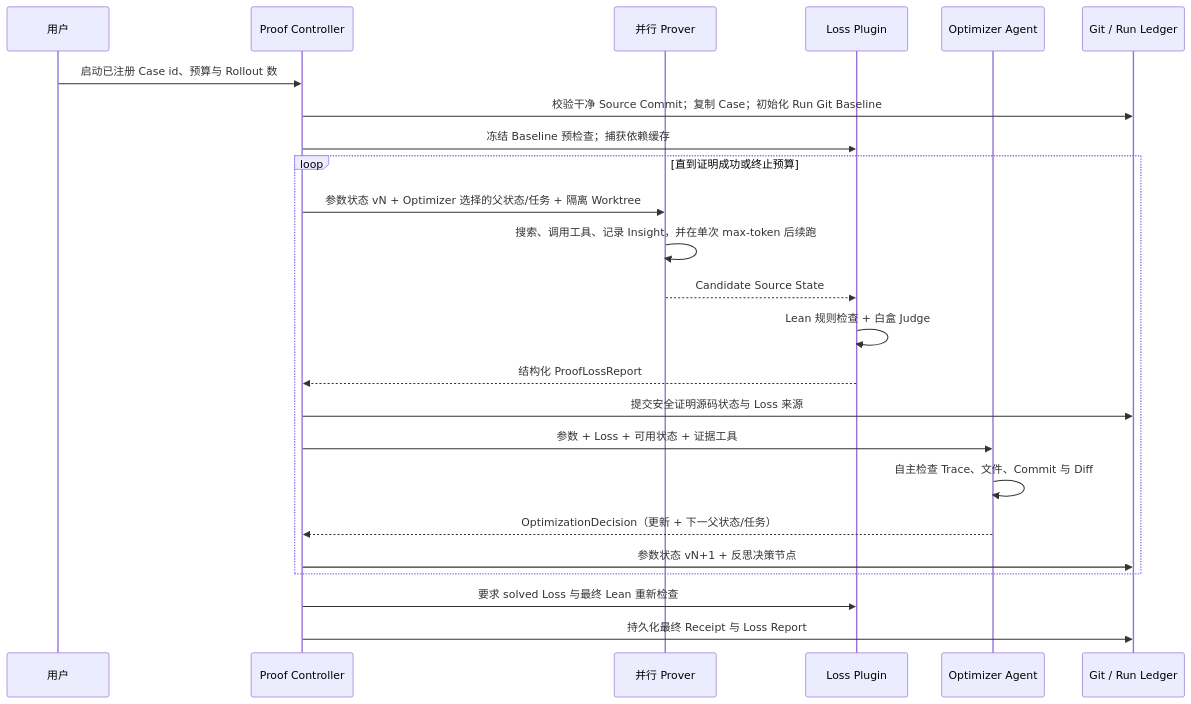
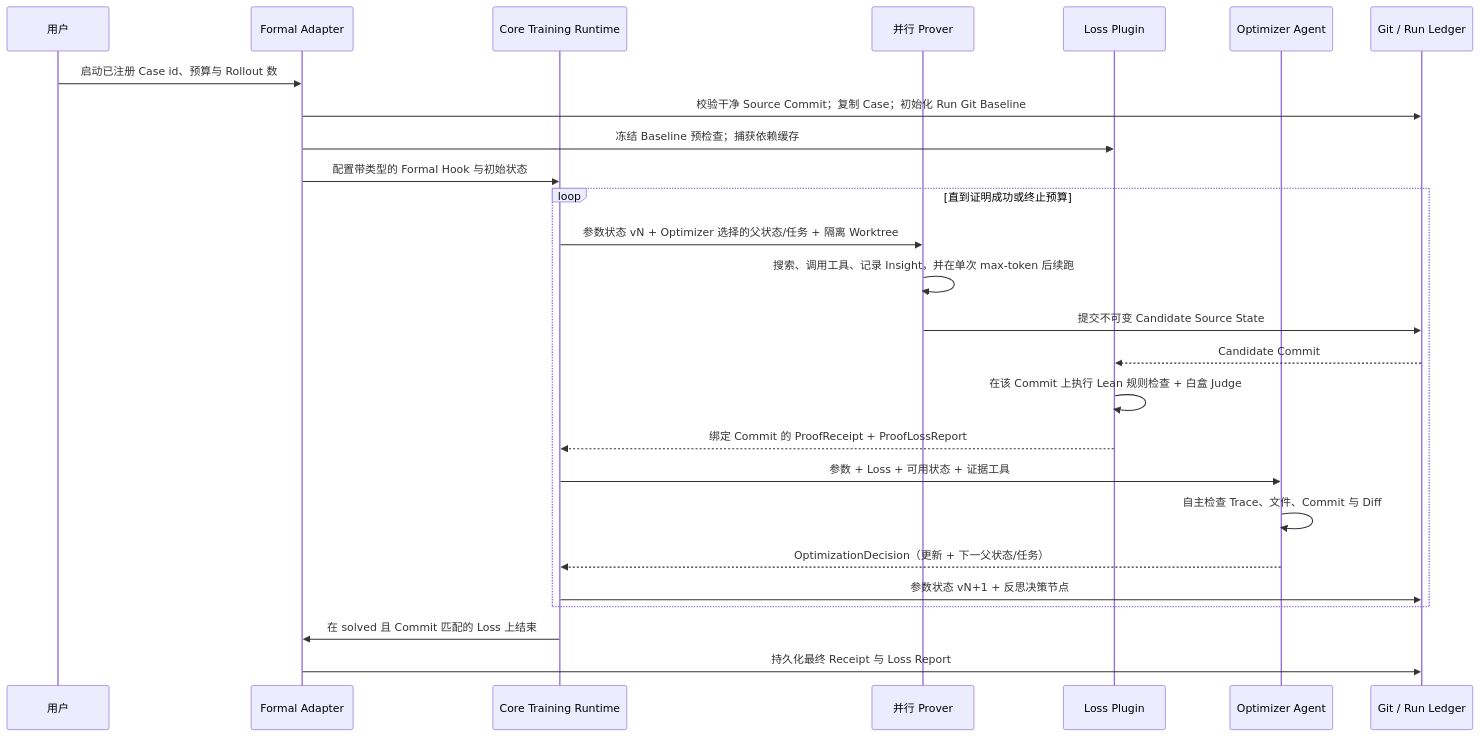
The second of 2 diagrams in docs/zh-CN/architecture/dsh-formal-proof-bundle.md (BruceLoveLee000/tokens-as-parameters), drawn with Mermaid before and after one commit. The commit also changed other lines of this file and 31 other files, not shown here.

Commit message:
refactor: separate core training runtime from formal loss

````diff
--- a/docs/zh-CN/architecture/dsh-formal-proof-bundle.md
+++ b/docs/zh-CN/architecture/dsh-formal-proof-bundle.md
@@ -66,27 +67,29 @@
 ```mermaid
 sequenceDiagram
   participant U as 用户
-  participant C as Proof Controller
+  participant C as Formal Adapter
+  participant T as Core Training Runtime
   participant P as 并行 Prover
   participant L as Loss Plugin
   participant O as Optimizer Agent
   participant G as Git / Run Ledger
 
   U->>C: 启动已注册 Case id、预算与 Rollout 数
   C->>G: 校验干净 Source Commit；复制 Case；初始化 Run Git Baseline
   C->>L: 冻结 Baseline 预检查；捕获依赖缓存
+  C->>T: 配置带类型的 Formal Hook 与初始状态
   loop 直到证明成功或终止预算
-    C->>P: 参数状态 vN + Optimizer 选择的父状态/任务 + 隔离 Worktree
+    T->>P: 参数状态 vN + Optimizer 选择的父状态/任务 + 隔离 Worktree
     P->>P: 搜索、调用工具、记录 Insight，并在单次 max-token 后续跑
-    P-->>L: Candidate Source State
-    L->>L: Lean 规则检查 + 白盒 Judge
-    L-->>C: 结构化 ProofLossReport
-    C->>G: 提交安全证明源码状态与 Loss 来源
-    C->>O: 参数 + Loss + 可用状态 + 证据工具
+    P->>G: 提交不可变 Candidate Source State
+    G-->>L: Candidate Commit
+    L->>L: 在该 Commit 上执行 Lean 规则检查 + 白盒 Judge
+    L-->>T: 绑定 Commit 的 ProofReceipt + ProofLossReport
+    T->>O: 参数 + Loss + 可用状态 + 证据工具
     O->>O: 自主检查 Trace、文件、Commit 与 Diff
-    O-->>C: OptimizationDecision（更新 + 下一父状态/任务）
-    C->>G: 参数状态 vN+1 + 反思决策节点
+    O-->>T: OptimizationDecision（更新 + 下一父状态/任务）
+    T->>G: 参数状态 vN+1 + 反思决策节点
   end
-  C->>L: 要求 solved Loss 与最终 Lean 重新检查
+  T->>C: 在 solved 且 Commit 匹配的 Loss 上结束
   C->>G: 持久化最终 Receipt 与 Loss Report
 ```
````
